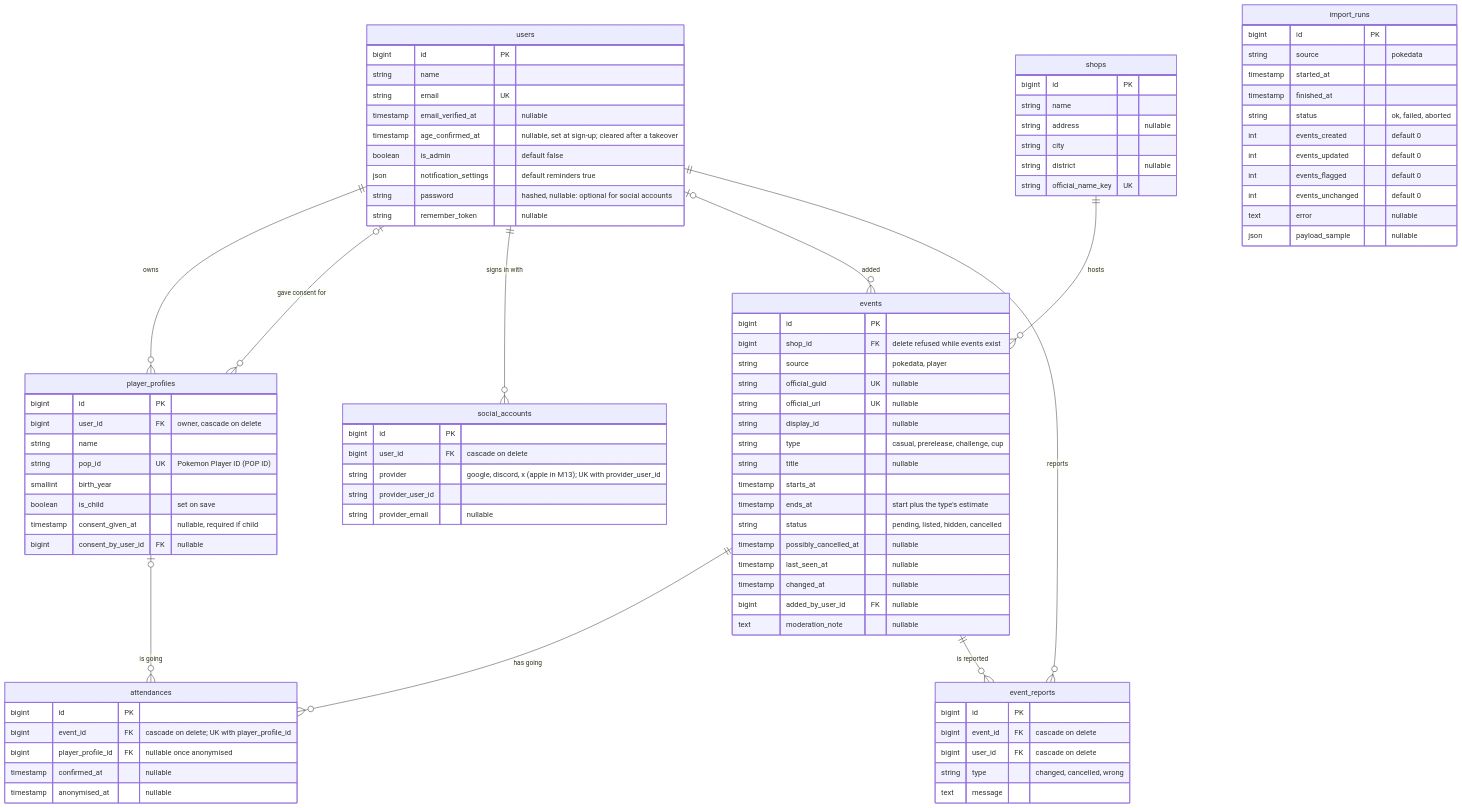
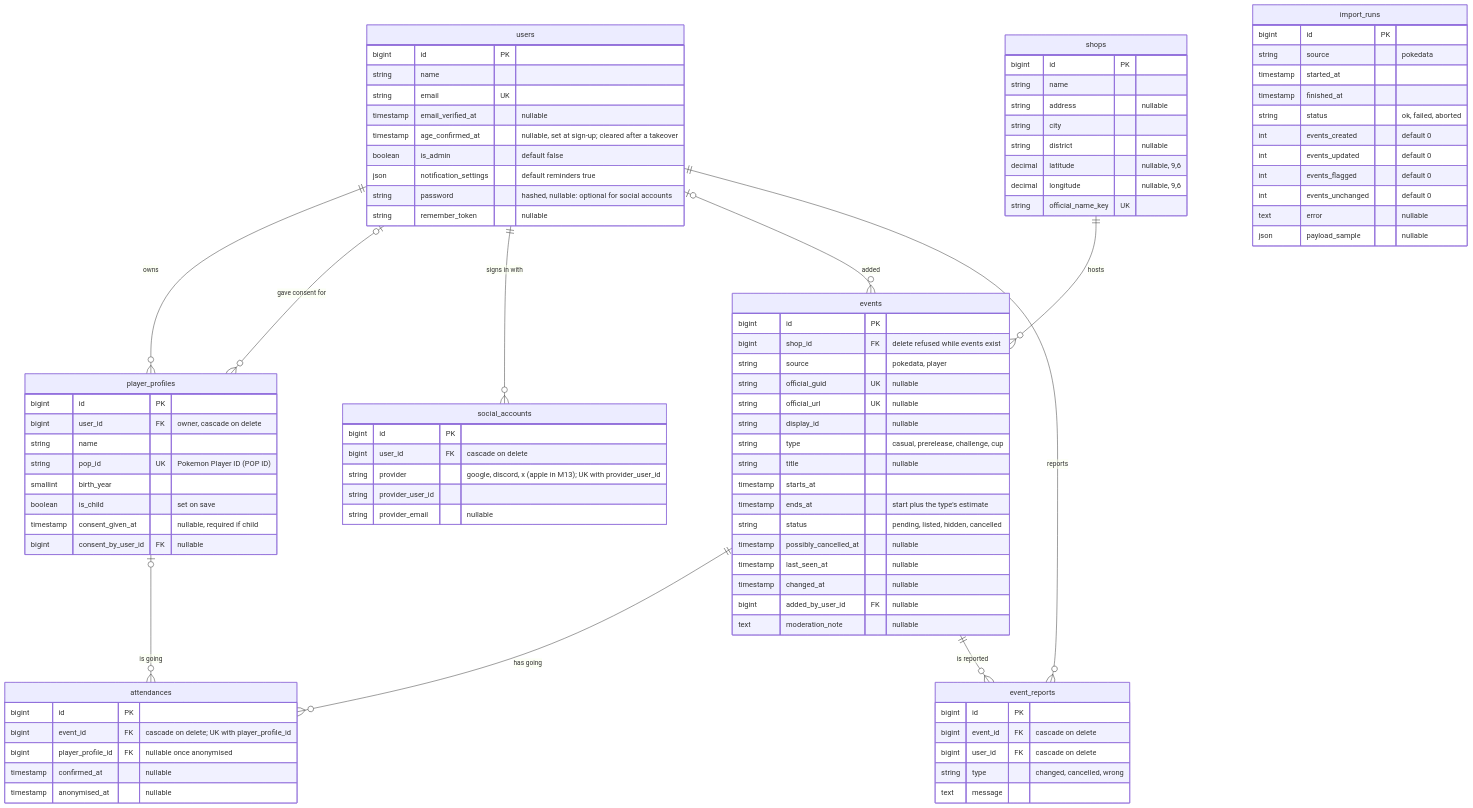
The diagram in docs/architecture.md (bcarvalheiro/TournamentPreFlight), drawn with Mermaid before and after one commit. The commit also changed other lines of this file and 17 other files, not shown here.

```diff
--- a/docs/architecture.md
+++ b/docs/architecture.md
@@ -106,6 +106,8 @@
         string address "nullable"
         string city
         string district "nullable"
+        decimal latitude "nullable, 9,6"
+        decimal longitude "nullable, 9,6"
         string official_name_key UK
     }
     events {
```
